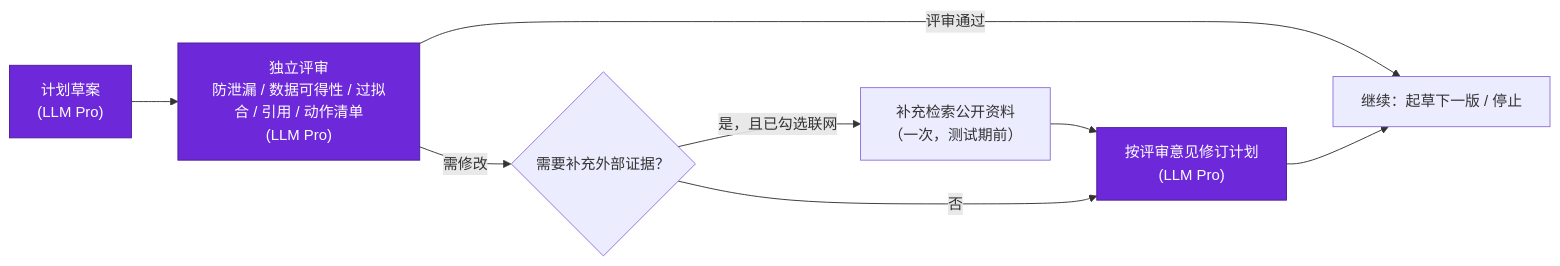
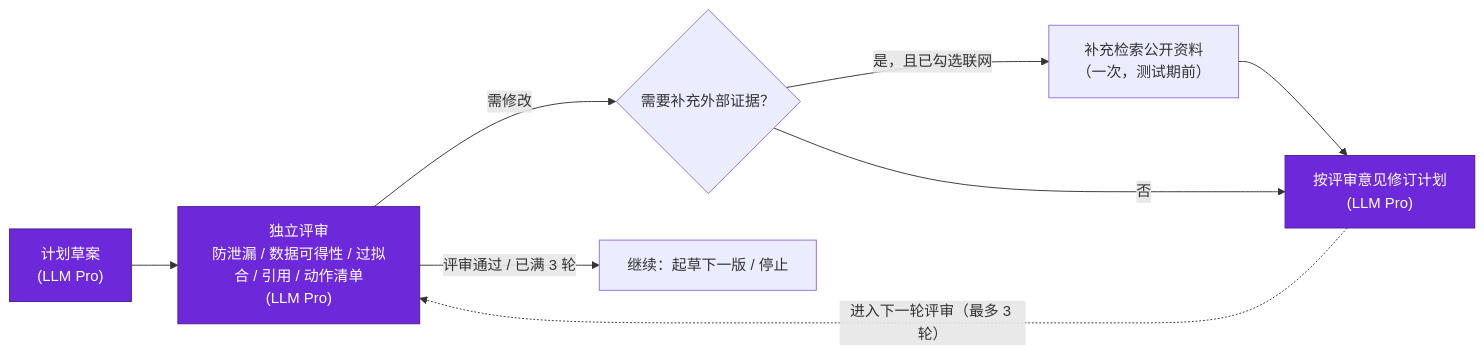
The fourth of 4 diagrams in docs/Agentic-workflow-结果-研究迭代.md (nuke-yu/factopia), drawn with Mermaid before and after one commit. The commit also changed other lines of this file and 8 other files, not shown here.

````diff
--- a/docs/Agentic-workflow-结果-研究迭代.md
+++ b/docs/Agentic-workflow-结果-研究迭代.md
@@ -294,13 +296,13 @@
 ```mermaid
 flowchart LR
   P["计划草案<br/>(LLM Pro)"] --> C["独立评审<br/>防泄漏 / 数据可得性 / 过拟合 / 引用 / 动作清单<br/>(LLM Pro)"]
   C -->|"需修改"| Q{"需要补充外部证据？"}
   Q -->|"是，且已勾选联网"| RS["补充检索公开资料<br/>（一次，测试期前）"]
   RS --> R["按评审意见修订计划<br/>(LLM Pro)"]
   Q -->|"否"| R
-  C -->|"评审通过"| G["继续：起草下一版 / 停止"]
-  R --> G
+  R -.->|"进入下一轮评审（最多 3 轮）"| C
+  C -->|"评审通过 / 已满 3 轮"| G["继续：起草下一版 / 停止"]
 
   classDef pro fill:#6d28d9,color:#fff,stroke:#4c1d95
   class P,C,R pro
 ```
````
